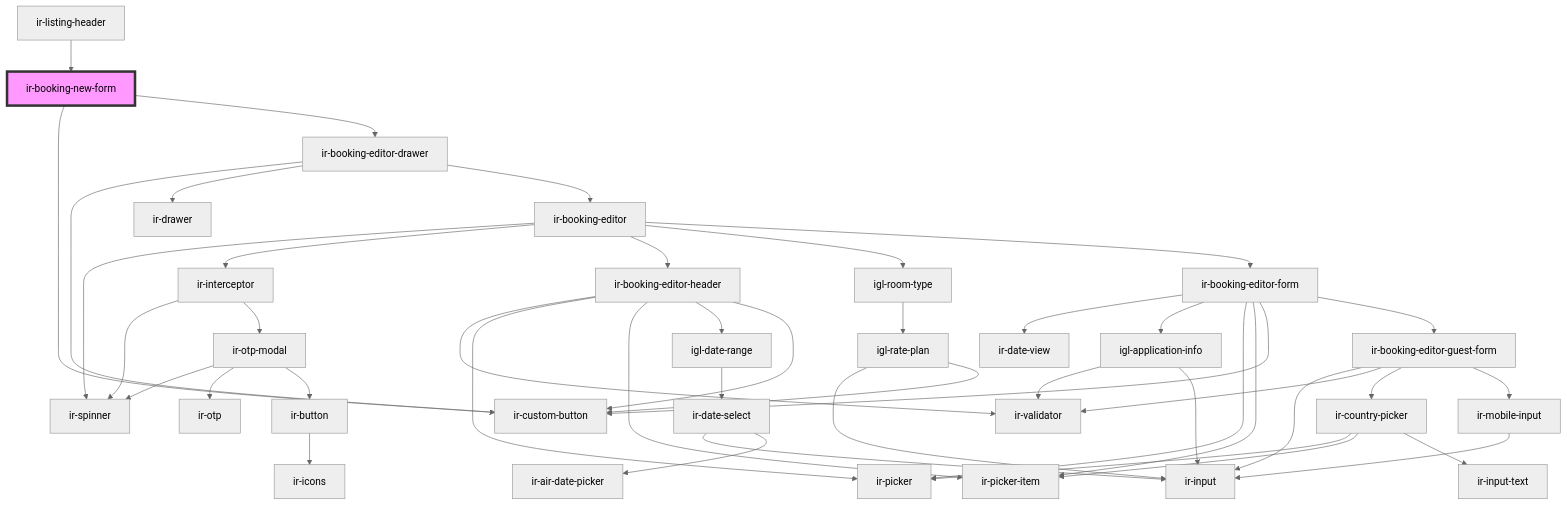
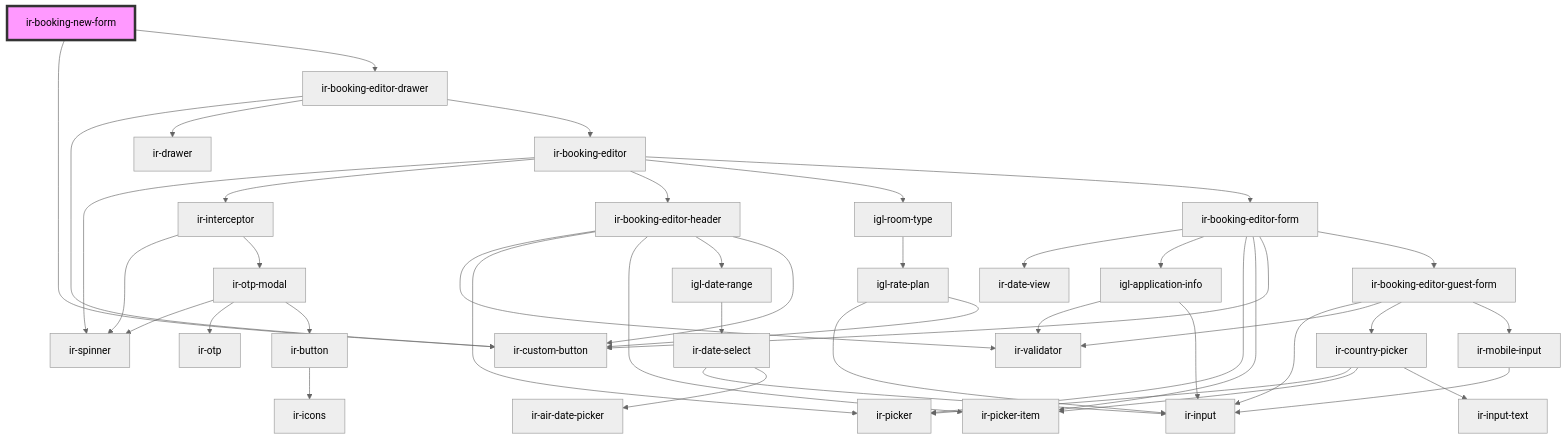
One commit to RonyRizk/ir-webcmp changed the diagram in src/components/ir-booking-new-form/readme.md. Above: the diagram before and after it, drawn with Mermaid (neutral theme). The commit also changed other lines of this file and 7 other files, not shown here.

````diff
--- a/src/components/ir-booking-new-form/readme.md
+++ b/src/components/ir-booking-new-form/readme.md
@@ -29,48 +25,47 @@
 ```mermaid
 graph TD;
   ir-booking-new-form --> ir-custom-button
   ir-booking-new-form --> ir-booking-editor-drawer
   ir-booking-editor-drawer --> ir-custom-button
   ir-booking-editor-drawer --> ir-drawer
   ir-booking-editor-drawer --> ir-booking-editor
   ir-booking-editor --> ir-spinner
   ir-booking-editor --> ir-interceptor
   ir-booking-editor --> ir-booking-editor-header
   ir-booking-editor --> igl-room-type
   ir-booking-editor --> ir-booking-editor-form
   ir-interceptor --> ir-spinner
   ir-interceptor --> ir-otp-modal
   ir-otp-modal --> ir-spinner
   ir-otp-modal --> ir-otp
   ir-otp-modal --> ir-button
   ir-button --> ir-icons
   ir-booking-editor-header --> ir-validator
   ir-booking-editor-header --> ir-picker
   ir-booking-editor-header --> ir-picker-item
   ir-booking-editor-header --> igl-date-range
   ir-booking-editor-header --> ir-custom-button
   igl-date-range --> ir-date-select
   ir-date-select --> ir-input
   ir-date-select --> ir-air-date-picker
   igl-room-type --> igl-rate-plan
   igl-rate-plan --> ir-input
   igl-rate-plan --> ir-custom-button
   ir-booking-editor-form --> ir-date-view
   ir-booking-editor-form --> igl-application-info
   ir-booking-editor-form --> ir-picker
   ir-booking-editor-form --> ir-picker-item
   ir-booking-editor-form --> ir-custom-button
   ir-booking-editor-form --> ir-booking-editor-guest-form
   igl-application-info --> ir-validator
   igl-application-info --> ir-input
   ir-booking-editor-guest-form --> ir-input
   ir-booking-editor-guest-form --> ir-validator
   ir-booking-editor-guest-form --> ir-country-picker
   ir-booking-editor-guest-form --> ir-mobile-input
   ir-country-picker --> ir-picker
   ir-country-picker --> ir-picker-item
   ir-country-picker --> ir-input-text
   ir-mobile-input --> ir-input
-  ir-listing-header --> ir-booking-new-form
   style ir-booking-new-form fill:#f9f,stroke:#333,stroke-width:4px
 ```
````
